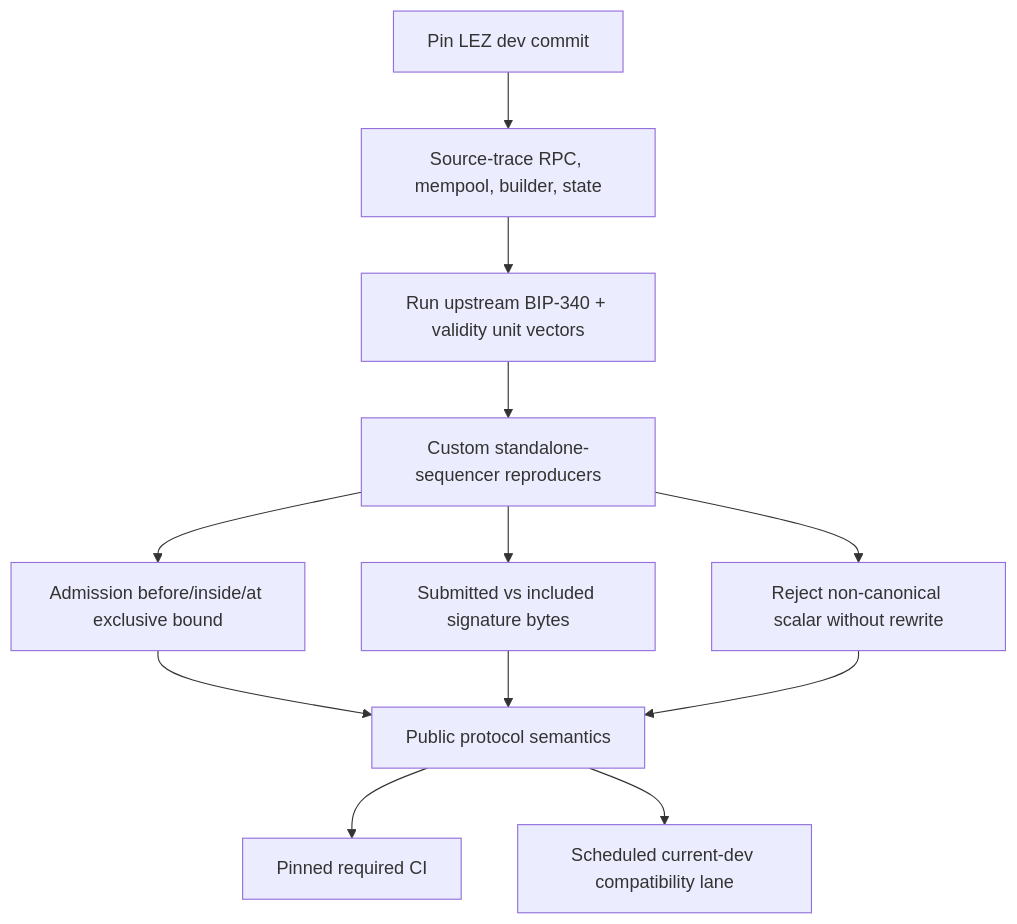
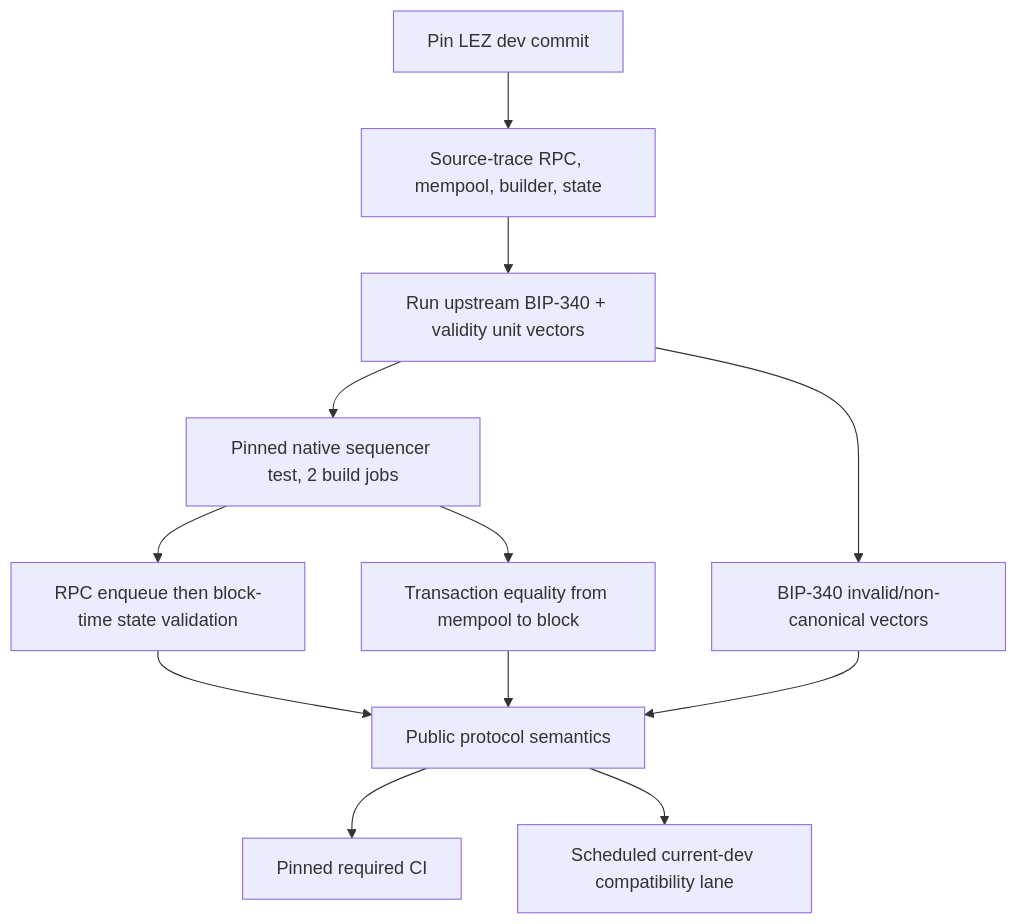
One commit to gateway-fm/lez-atomic-swaps changed the diagram in docs/milestone-1/lez-primitive-verification.md. Above: the diagram before and after it, drawn with Mermaid. The commit also changed other lines of this file and 4 other files, not shown here.

````diff
--- a/docs/milestone-1/lez-primitive-verification.md
+++ b/docs/milestone-1/lez-primitive-verification.md
@@ -6,14 +7,14 @@
 ```mermaid
 flowchart TB
     Pin["Pin LEZ dev commit"] --> Trace["Source-trace RPC, mempool, builder, state"]
     Trace --> Unit["Run upstream BIP-340 + validity unit vectors"]
-    Unit --> Sequencer["Custom standalone-sequencer reproducers"]
-    Sequencer --> Admission["Admission before/inside/at exclusive bound"]
-    Sequencer --> Bytes["Submitted vs included signature bytes"]
-    Sequencer --> Canonical["Reject non-canonical scalar without rewrite"]
+    Unit --> Sequencer["Pinned native sequencer test, 2 build jobs"]
+    Sequencer --> Admission["RPC enqueue then block-time state validation"]
+    Sequencer --> Bytes["Transaction equality from mempool to block"]
+    Unit --> Canonical["BIP-340 invalid/non-canonical vectors"]
     Admission --> Answer["Public protocol semantics"]
     Bytes --> Answer
     Canonical --> Answer
     Answer --> Required["Pinned required CI"]
     Answer --> Current["Scheduled current-dev compatibility lane"]
 ```
````
